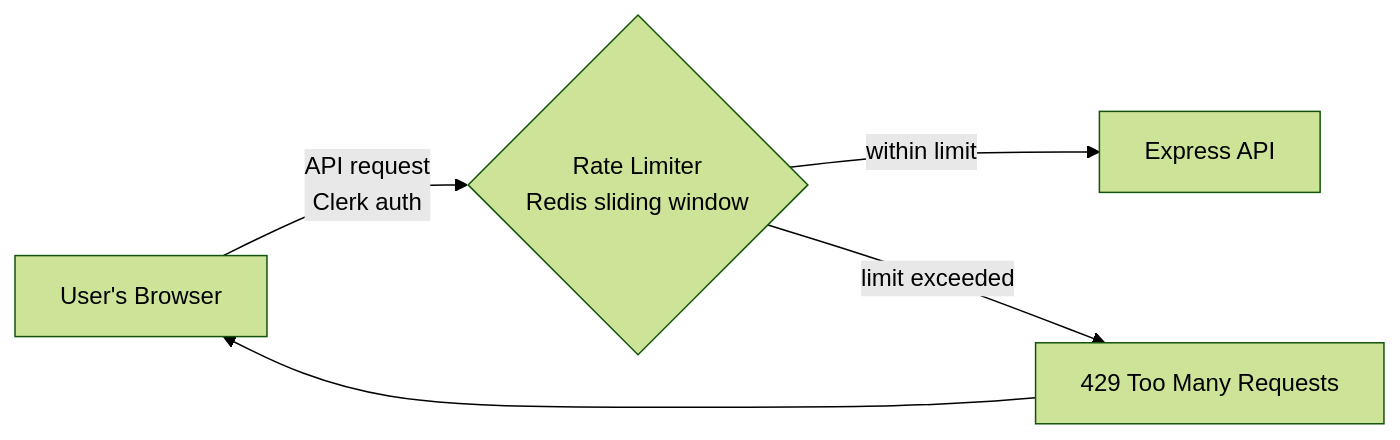
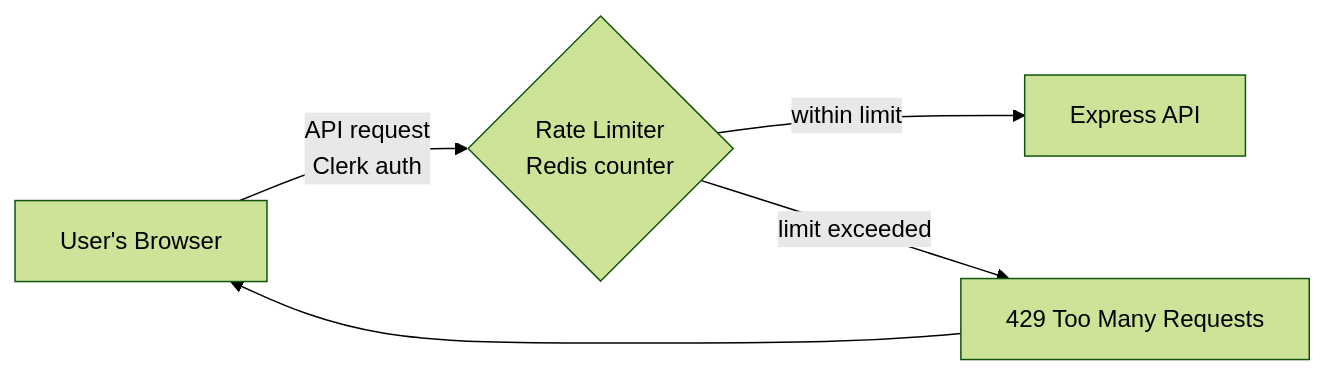
One commit to subhamoydatta703/DocSense changed the first of 5 diagrams in README.md. Above: the diagram before and after it, drawn with Mermaid (forest theme). The commit also changed other lines of this file and 3 other files, not shown here.

````diff
--- a/README.md
+++ b/README.md
@@ -49,7 +53,7 @@
 ```mermaid
 flowchart LR
-    A["User's Browser"] -->|"API request<br/>Clerk auth"| B{"Rate Limiter<br/>Redis sliding window"}
+    A["User's Browser"] -->|"API request<br/>Clerk auth"| B{"Rate Limiter<br/>Redis counter"}
     B -->|"within limit"| C["Express API"]
     B -->|"limit exceeded"| D["429 Too Many Requests"]
     D --> A
 ```
````
